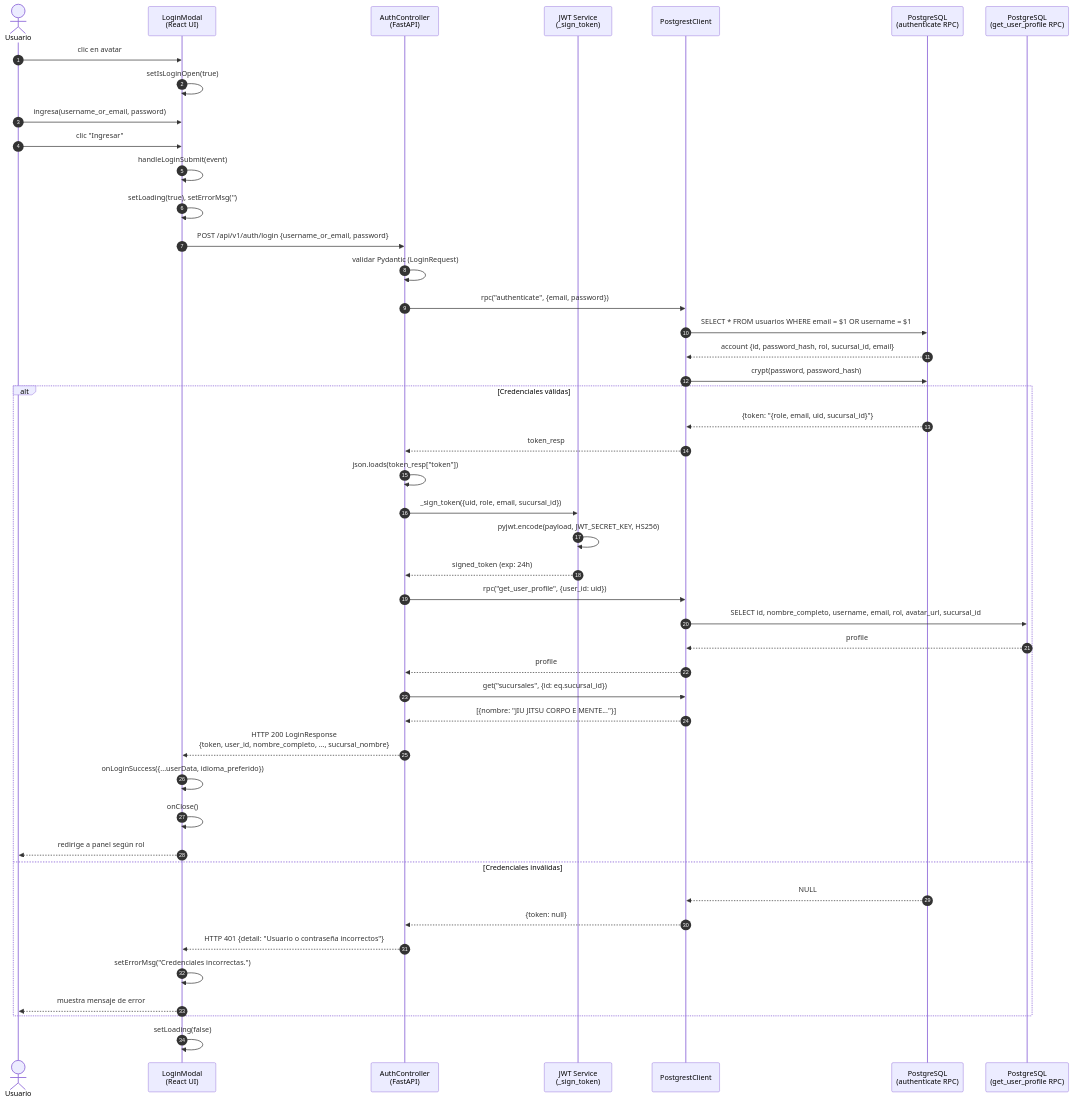
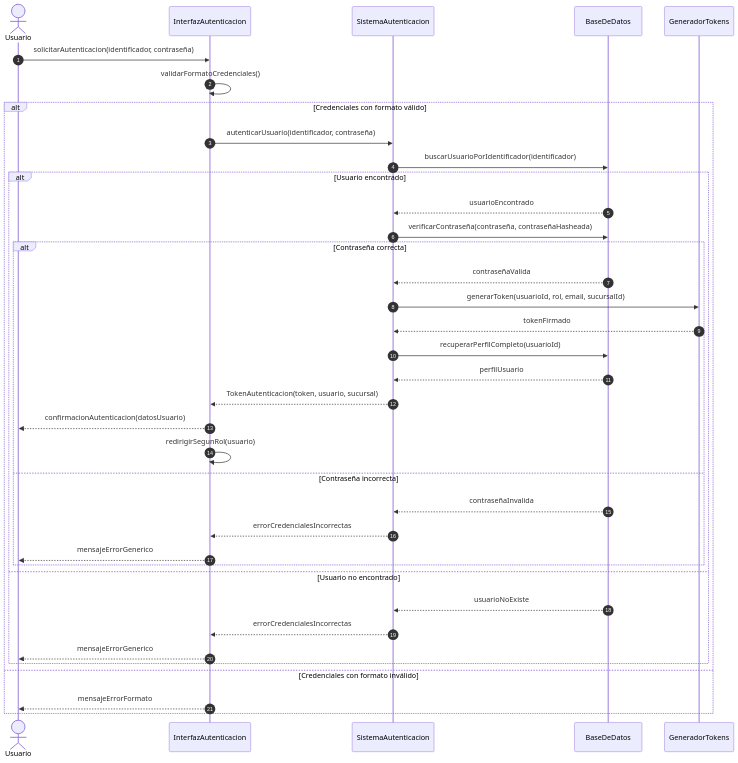
Before and after one commit to Tsmrain/JiuJitsu: the diagram in Libros/Diagramas/CU-1/03_secuencia_uc1.mmd, drawn with Mermaid. The commit also changed 3 other files, not shown here.

Commit message:
Diagramas de UC-01 actualizados

```diff
--- a/Libros/Diagramas/CU-1/03_secuencia_uc1.mmd
+++ b/Libros/Diagramas/CU-1/03_secuencia_uc1.mmd
@@ -1,54 +1,45 @@
 sequenceDiagram
     autonumber
     actor Usuario
-    participant UI as LoginModal<br/>(React UI)
-    participant Ctrl as AuthController<br/>(FastAPI)
-    participant JWT as JWT Service<br/>(_sign_token)
-    participant DB as PostgrestClient
-    participant PG as PostgreSQL<br/>(authenticate RPC)
-    participant Profile as PostgreSQL<br/>(get_user_profile RPC)
-
-    Usuario->>UI: clic en avatar
-    UI->>UI: setIsLoginOpen(true)
-    Usuario->>UI: ingresa(username_or_email, password)
-    Usuario->>UI: clic "Ingresar"
+    participant Interfaz as InterfazAutenticacion
+    participant Sistema as SistemaAutenticacion
+    participant BD as BaseDeDatos
+    participant Generador as GeneradorTokens
     
-    UI->>UI: handleLoginSubmit(event)
-    UI->>UI: setLoading(true), setErrorMsg('')
-    UI->>Ctrl: POST /api/v1/auth/login {username_or_email, password}
+    Usuario->>Interfaz: solicitarAutenticacion(identificador, contraseña)
+    Interfaz->>Interfaz: validarFormatoCredenciales()
     
-    Ctrl->>Ctrl: validar Pydantic (LoginRequest)
-    Ctrl->>DB: rpc("authenticate", {email, password})
-    DB->>PG: SELECT * FROM usuarios WHERE email = $1 OR username = $1
-    PG-->>DB: account {id, password_hash, rol, sucursal_id, email}
-    DB->>PG: crypt(password, password_hash)
-    
-    alt Credenciales válidas
-        PG-->>DB: {token: "{role, email, uid, sucursal_id}"}
-        DB-->>Ctrl: token_resp
-        Ctrl->>Ctrl: json.loads(token_resp["token"])
-        Ctrl->>JWT: _sign_token({uid, role, email, sucursal_id})
-        JWT->>JWT: pyjwt.encode(payload, JWT_SECRET_KEY, HS256)
-        JWT-->>Ctrl: signed_token (exp: 24h)
+    alt Credenciales con formato válido
+        Interfaz->>Sistema: autenticarUsuario(identificador, contraseña)
+        Sistema->>BD: buscarUsuarioPorIdentificador(identificador)
         
-        Ctrl->>DB: rpc("get_user_profile", {user_id: uid})
-        DB->>Profile: SELECT id, nombre_completo, username, email, rol, avatar_url, sucursal_id
-        Profile-->>DB: profile
-        DB-->>Ctrl: profile
+        alt Usuario encontrado
+            BD-->>Sistema: usuarioEncontrado
+            Sistema->>BD: verificarContraseña(contraseña, contraseñaHasheada)
+            
+            alt Contraseña correcta
+                BD-->>Sistema: contraseñaValida
+                Sistema->>Generador: generarToken(usuarioId, rol, email, sucursalId)
+                Generador-->>Sistema: tokenFirmado
+                Sistema->>BD: recuperarPerfilCompleto(usuarioId)
+                BD-->>Sistema: perfilUsuario
+                
+                Sistema-->>Interfaz: TokenAutenticacion(token, usuario, sucursal)
+                Interfaz-->>Usuario: confirmacionAutenticacion(datosUsuario)
+                Interfaz->>Interfaz: redirigirSegunRol(usuario)
+                
+            else Contraseña incorrecta
+                BD-->>Sistema: contraseñaInvalida
+                Sistema-->>Interfaz: errorCredencialesIncorrectas
+                Interfaz-->>Usuario: mensajeErrorGenerico
+            end
+            
+        else Usuario no encontrado
+            BD-->>Sistema: usuarioNoExiste
+            Sistema-->>Interfaz: errorCredencialesIncorrectas
+            Interfaz-->>Usuario: mensajeErrorGenerico
+        end
         
-        Ctrl->>DB: get("sucursales", {id: eq.sucursal_id})
-        DB-->>Ctrl: [{nombre: "JIU JITSU CORPO E MENTE..."}]
-        
-        Ctrl-->>UI: HTTP 200 LoginResponse<br/>{token, user_id, nombre_completo, ..., sucursal_nombre}
-        UI->>UI: onLoginSuccess({...userData, idioma_preferido})
-        UI->>UI: onClose()
-        UI-->>Usuario: redirige a panel según rol
-    else Credenciales inválidas
-        PG-->>DB: NULL
-        DB-->>Ctrl: {token: null}
-        Ctrl-->>UI: HTTP 401 {detail: "Usuario o contraseña incorrectos"}
-        UI->>UI: setErrorMsg("Credenciales incorrectas.")
-        UI-->>Usuario: muestra mensaje de error
+    else Credenciales con formato inválido
+        Interfaz-->>Usuario: mensajeErrorFormato
     end
-    
-    UI->>UI: setLoading(false)
```
